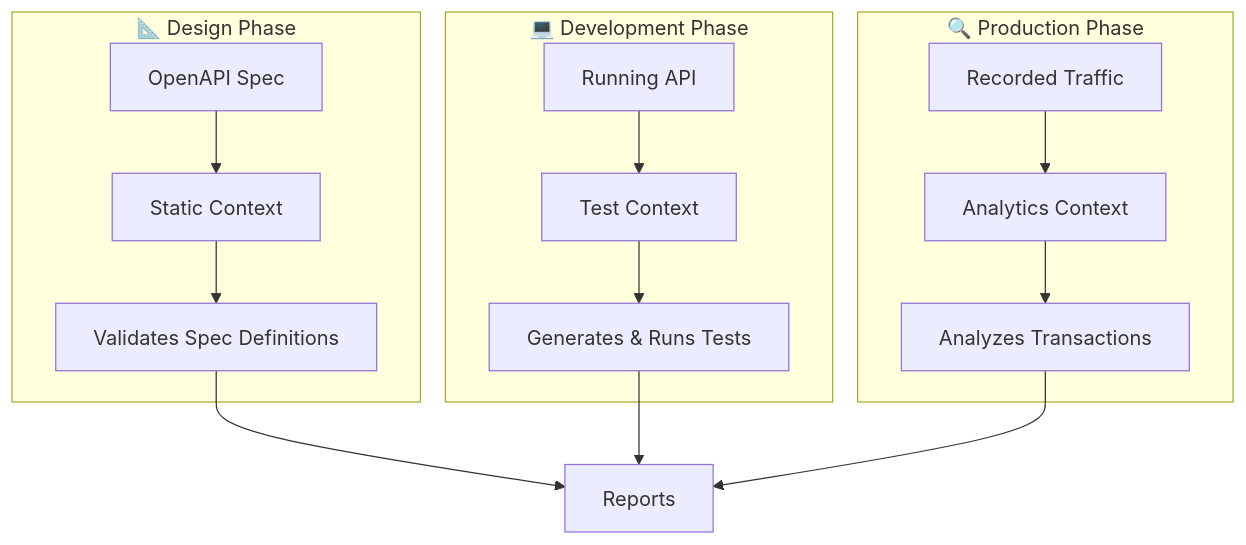
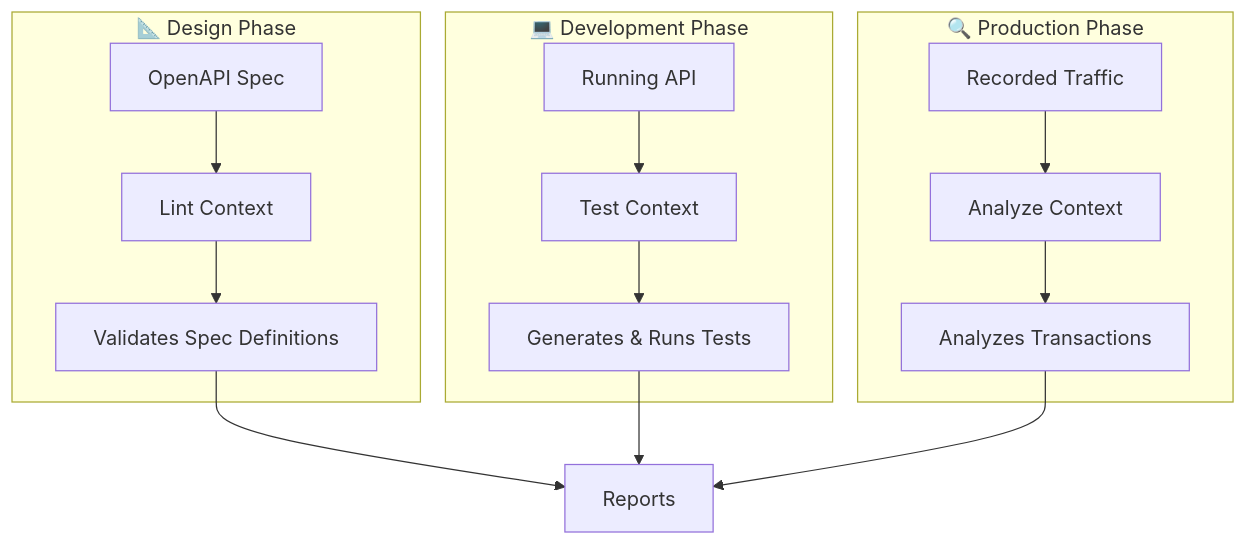
Before and after one commit to thymianofficial/thymian: the diagram in astro-docs/src/content/docs/concepts/what-is-an-http-rule.md, drawn with Mermaid. The commit also changed other lines of this file and 17 other files, not shown here.

````diff
--- a/astro-docs/src/content/docs/concepts/what-is-an-http-rule.md
+++ b/astro-docs/src/content/docs/concepts/what-is-an-http-rule.md
@@ -49,21 +49,21 @@
 ```mermaid
 flowchart TB
   subgraph Design["📐 Design Phase"]
-    A[OpenAPI Spec] --> B[Static Context]
+    A[OpenAPI Spec] --> B[Lint Context]
     B --> C[Validates Spec Definitions]
   end
 
   subgraph Development["💻 Development Phase"]
     D[Running API] --> E[Test Context]
     E --> F[Generates & Runs Tests]
   end
 
   subgraph Production["🔍 Production Phase"]
-    G[Recorded Traffic] --> H[Analytics Context]
+    G[Recorded Traffic] --> H[Analyze Context]
     H --> I[Analyzes Transactions]
   end
 
   C --> J[Reports]
   F --> J
   I --> J
 ```
````
